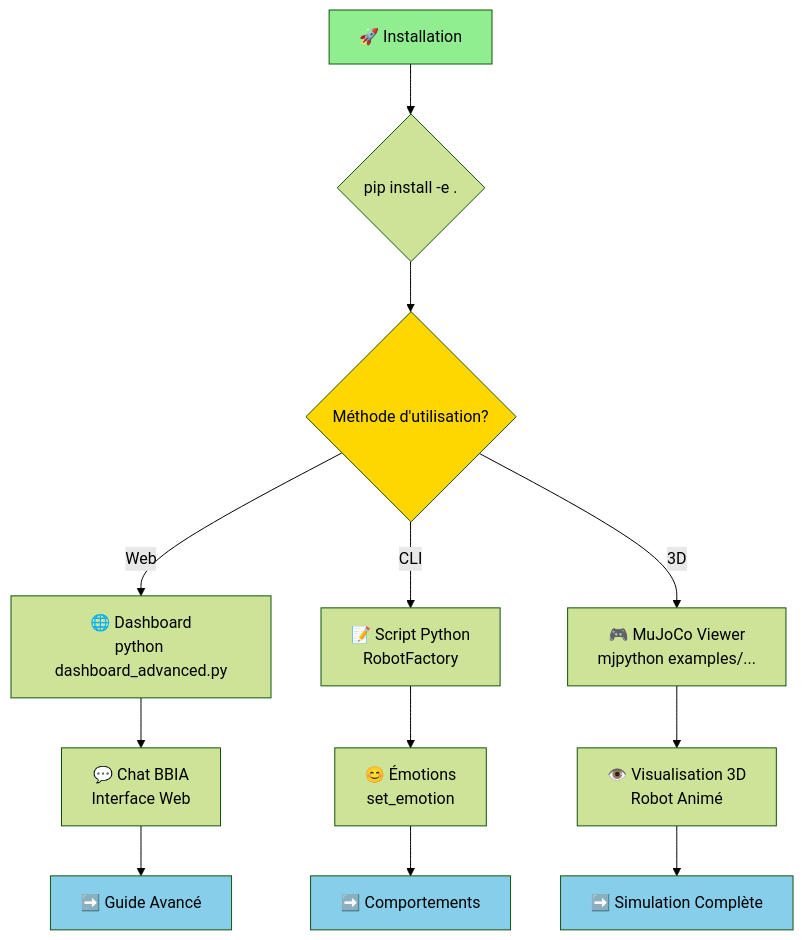
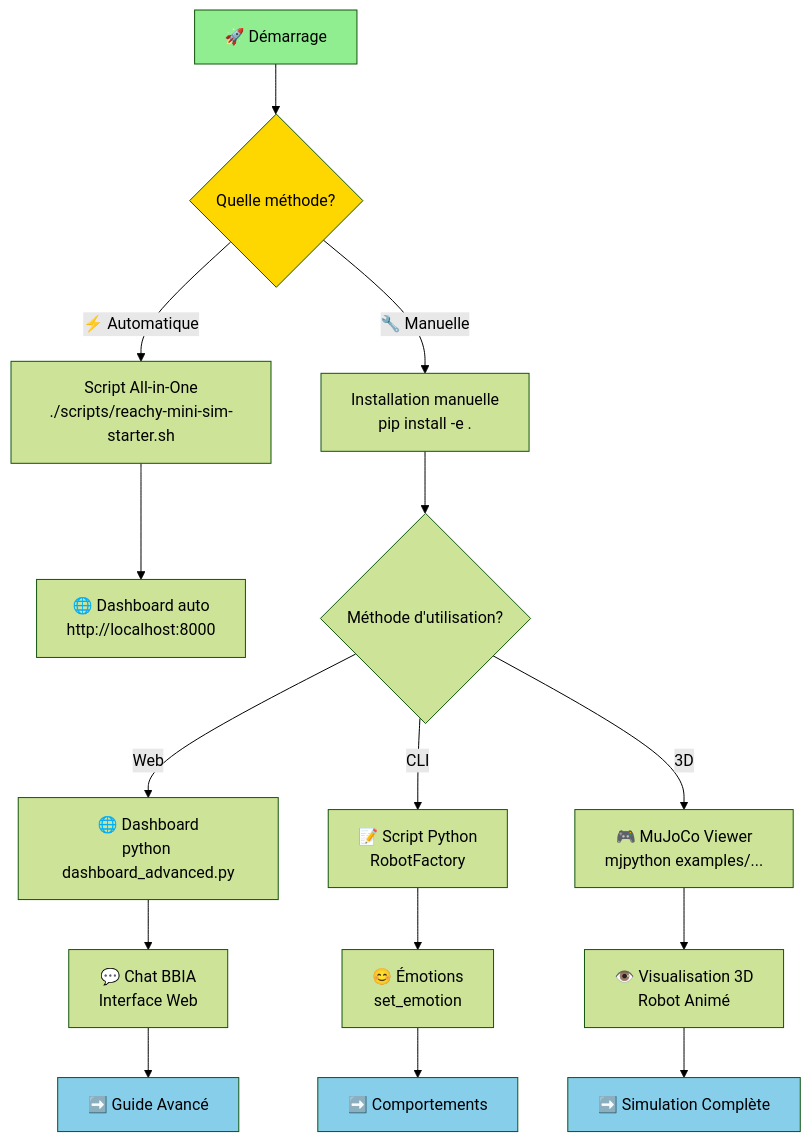
The second of 2 diagrams in docs/guides/GUIDE_DEBUTANT.md (arkalia-luna-system/bbia-sim), drawn with Mermaid (forest theme) before and after one commit. The commit also changed other lines of this file and 1 other file, not shown here.

First line of the commit message:
docs: Mise à jour README et GUIDE_DEBUTANT avec script all-in-one

````diff
--- a/docs/guides/GUIDE_DEBUTANT.md
+++ b/docs/guides/GUIDE_DEBUTANT.md
@@ -37,25 +37,29 @@
 ```mermaid
 flowchart TD
-    START[🚀 Installation] --> INSTALL{pip install -e .}
-
-    INSTALL --> CHOICE{Méthode d'utilisation?}
-
-    CHOICE -->|Web| DASH[🌐 Dashboard<br/>python dashboard_advanced.py]
-    CHOICE -->|CLI| SCRIPT[📝 Script Python<br/>RobotFactory]
-    CHOICE -->|3D| MUJOCO[🎮 MuJoCo Viewer<br/>mjpython examples/...]
+    START[🚀 Démarrage] --> CHOICE{Quelle méthode?}
+    
+    CHOICE -->|⚡ Automatique| AUTO[Script All-in-One<br/>./scripts/reachy-mini-sim-starter.sh]
+    CHOICE -->|🔧 Manuelle| MANUAL[Installation manuelle<br/>pip install -e .]
+    
+    AUTO --> DASH_AUTO[🌐 Dashboard auto<br/>http://localhost:8000]
+    MANUAL --> CHOICE2{Méthode d'utilisation?}
+    
+    CHOICE2 -->|Web| DASH[🌐 Dashboard<br/>python dashboard_advanced.py]
+    CHOICE2 -->|CLI| SCRIPT[📝 Script Python<br/>RobotFactory]
+    CHOICE2 -->|3D| MUJOCO[🎮 MuJoCo Viewer<br/>mjpython examples/...]
 
     DASH --> CHAT[💬 Chat BBIA<br/>Interface Web]
     SCRIPT --> EMOTION[😊 Émotions<br/>set_emotion]
     MUJOCO --> VISUAL[👁️ Visualisation 3D<br/>Robot Animé]
 
     CHAT --> NEXT1[➡️ Guide Avancé]
     EMOTION --> NEXT2[➡️ Comportements]
     VISUAL --> NEXT3[➡️ Simulation Complète]
 
     style START fill:#90EE90
     style CHOICE fill:#FFD700
     style NEXT1 fill:#87CEEB
     style NEXT2 fill:#87CEEB
     style NEXT3 fill:#87CEEB
 
 ```
````
